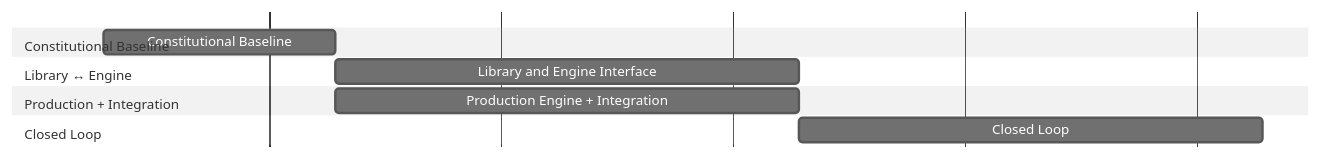
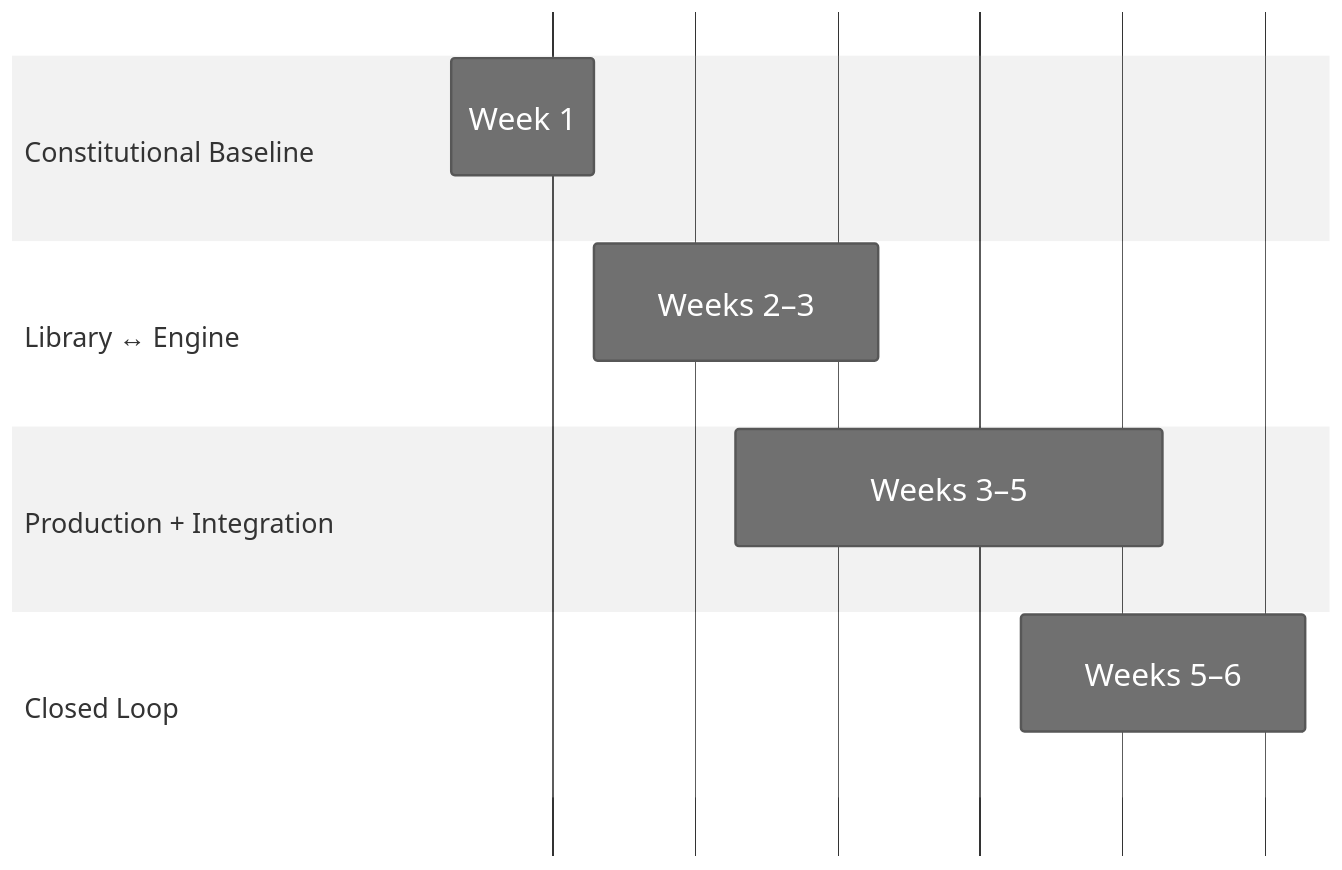
Before and after one commit to elcocoel/elementarycomplexity-writing: the third of 3 diagrams in posts/2026-05-12-near-sentinel-governance-screening-engine.md, drawn with Mermaid (neutral theme).

Commit message:
fix: Sentinel proposal copy edits

````diff
--- a/posts/2026-05-12-near-sentinel-governance-screening-engine.md
+++ b/posts/2026-05-12-near-sentinel-governance-screening-engine.md
@@ -292,18 +292,24 @@
 ```mermaid
+%%{init: {'gantt': {'barHeight': 96, 'barGap': 56, 'topPadding': 96, 'leftPadding': 360, 'rightPadding': 40, 'gridLineStartPadding': 12, 'fontSize': 26, 'sectionFontSize': 22, 'numberSectionStyles': 4, 'useMaxWidth': true}}}%%
 gantt
     dateFormat YYYY-MM-DD
     axisFormat  
     tickInterval 1week
 
+    %% deliverable m1: Pattern Taxonomy
+    %% deliverable m2: Pattern Library
+    %% deliverable m3: Evaluation Engine
+    %% deliverable m4: Closed Loop
+
     section Constitutional Baseline
-    Constitutional Baseline           :m1, 2026-06-02, 7d
+    Week 1            :m1, 2026-06-02, 7d
 
     section Library ↔ Engine
-    Library and Engine Interface      :m2, after m1, 14d
+    Weeks 2–3         :m2, 2026-06-09, 14d
 
     section Production + Integration
-    Production Engine + Integration   :m3, after m1, 14d
+    Weeks 3–5         :m3, 2026-06-16, 21d
 
     section Closed Loop
-    Closed Loop                       :m4, after m2, 14d
+    Weeks 5–6         :m4, 2026-06-30, 14d
 ```
````
